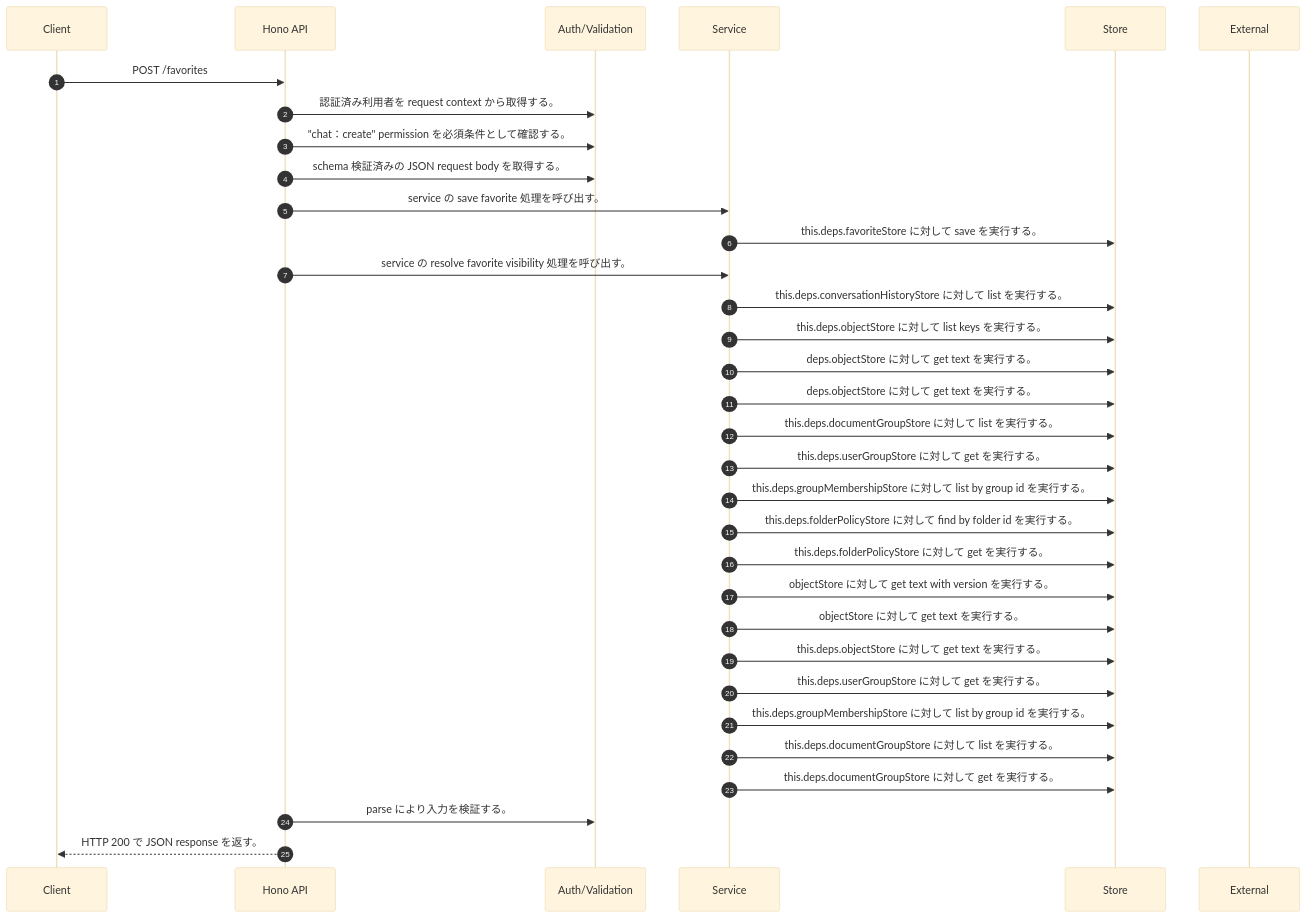
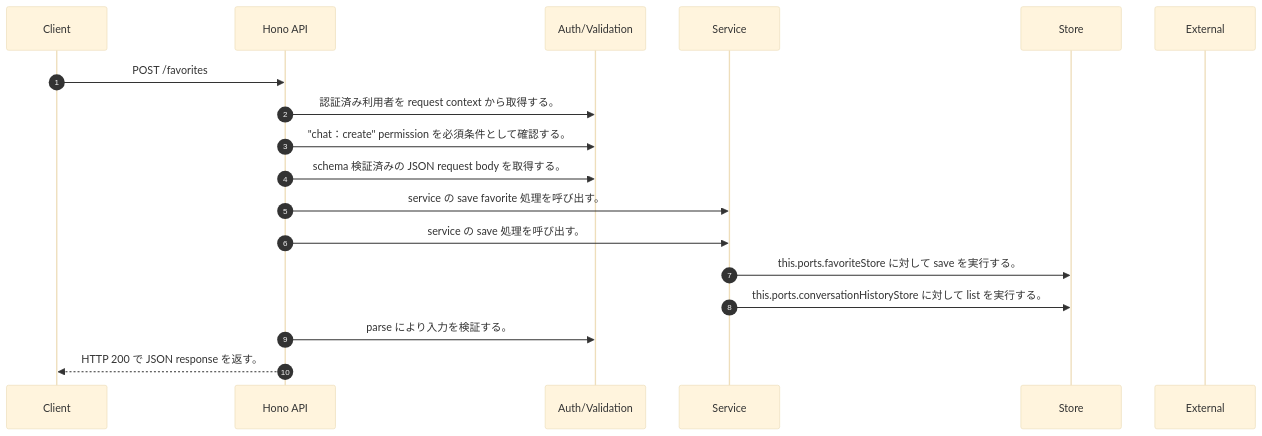
One commit to tsuji-tomonori/rag-assist changed the diagram in docs/generated/api-code/post-favorites/sequence_gen.md. Above: the diagram before and after it, drawn with Mermaid (base theme). The commit also changed other lines of this file and 317 other files, not shown here.

````diff
--- a/docs/generated/api-code/post-favorites/sequence_gen.md
+++ b/docs/generated/api-code/post-favorites/sequence_gen.md
@@ -7,35 +7,20 @@
 ```mermaid
 sequenceDiagram
   autonumber
   participant Client as Client
   participant API as Hono API
   participant Auth as Auth/Validation
   participant Service as Service
   participant Store as Store
   participant External as External
   Client->>API: POST /favorites
   API->>Auth: 認証済み利用者を request context から取得する。
   API->>Auth: "chat：create" permission を必須条件として確認する。
   API->>Auth: schema 検証済みの JSON request body を取得する。
   API->>Service: service の save favorite 処理を呼び出す。
-  Service->>Store: this.deps.favoriteStore に対して save を実行する。
-  API->>Service: service の resolve favorite visibility 処理を呼び出す。
-  Service->>Store: this.deps.conversationHistoryStore に対して list を実行する。
-  Service->>Store: this.deps.objectStore に対して list keys を実行する。
-  Service->>Store: deps.objectStore に対して get text を実行する。
-  Service->>Store: deps.objectStore に対して get text を実行する。
-  Service->>Store: this.deps.documentGroupStore に対して list を実行する。
-  Service->>Store: this.deps.userGroupStore に対して get を実行する。
-  Service->>Store: this.deps.groupMembershipStore に対して list by group id を実行する。
-  Service->>Store: this.deps.folderPolicyStore に対して find by folder id を実行する。
-  Service->>Store: this.deps.folderPolicyStore に対して get を実行する。
-  Service->>Store: objectStore に対して get text with version を実行する。
-  Service->>Store: objectStore に対して get text を実行する。
-  Service->>Store: this.deps.objectStore に対して get text を実行する。
-  Service->>Store: this.deps.userGroupStore に対して get を実行する。
-  Service->>Store: this.deps.groupMembershipStore に対して list by group id を実行する。
-  Service->>Store: this.deps.documentGroupStore に対して list を実行する。
-  Service->>Store: this.deps.documentGroupStore に対して get を実行する。
+  API->>Service: service の save 処理を呼び出す。
+  Service->>Store: this.ports.favoriteStore に対して save を実行する。
+  Service->>Store: this.ports.conversationHistoryStore に対して list を実行する。
   API->>Auth: parse により入力を検証する。
   API-->>Client: HTTP 200 で JSON response を返す。
 ```
````
